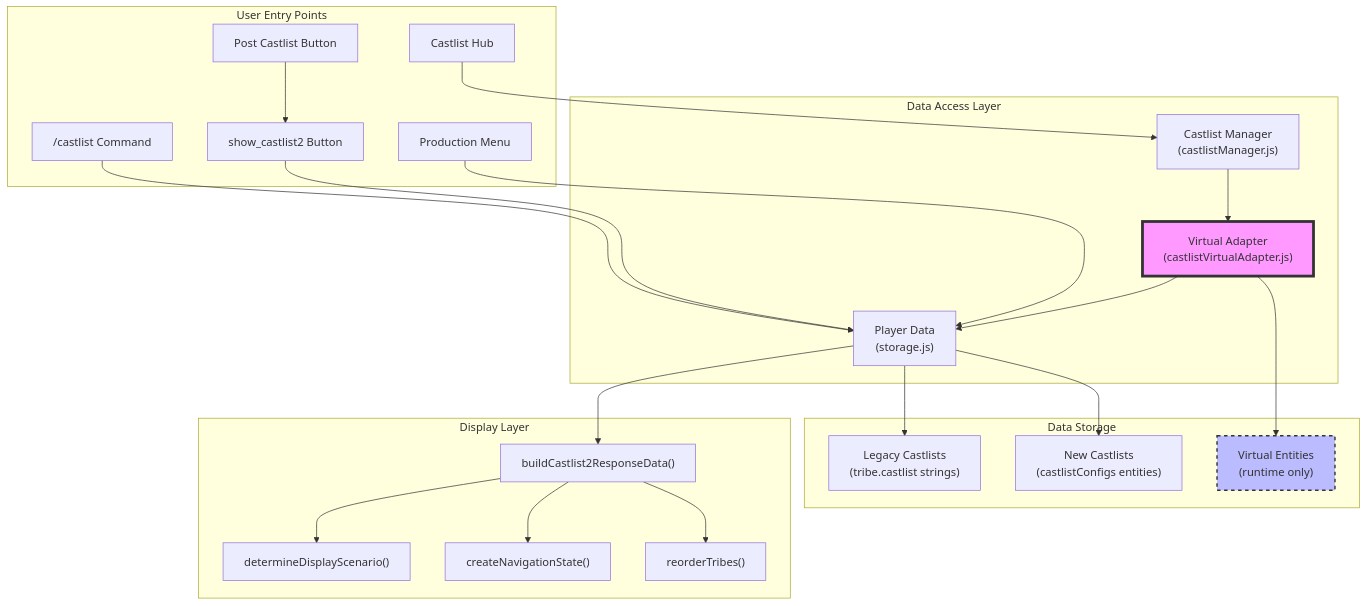
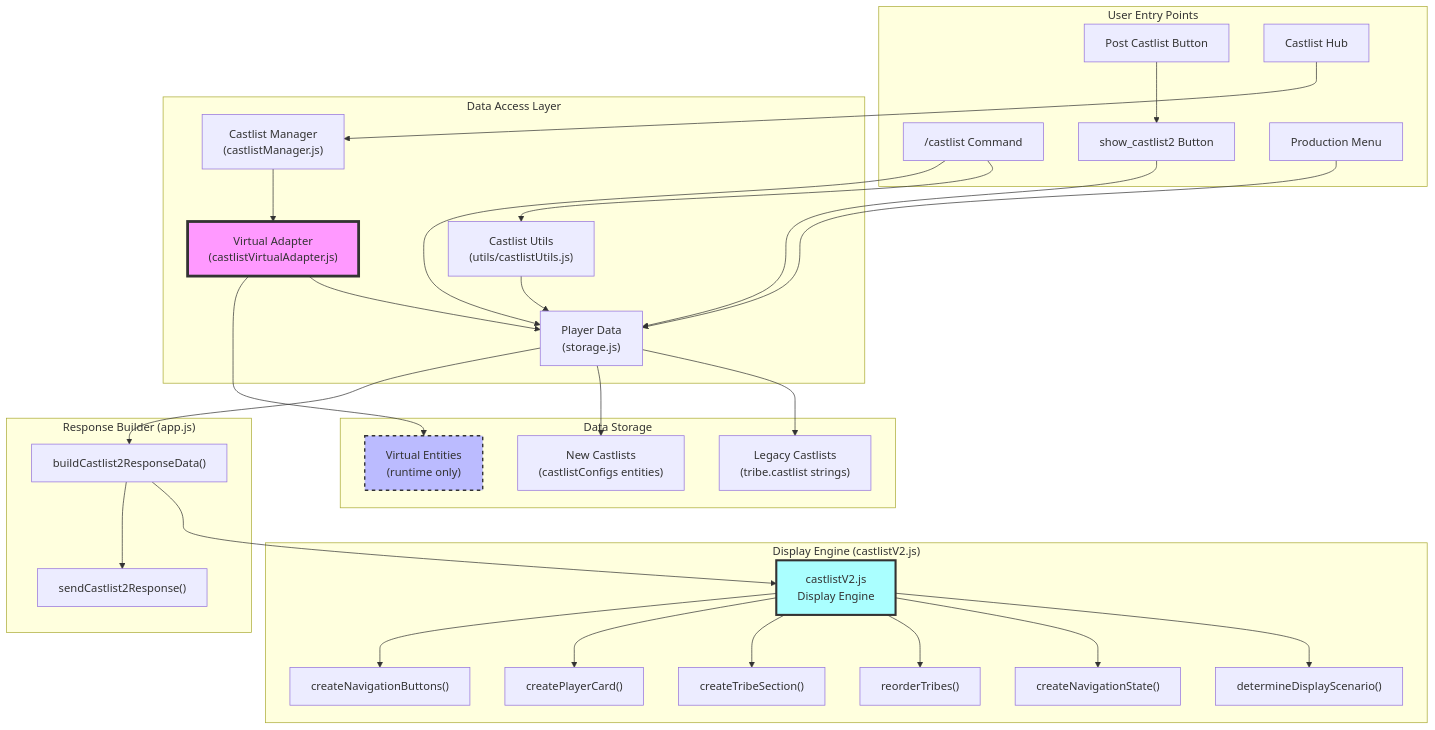
One commit to extremedonkey/castbot changed the first of 12 diagrams in docs/features/CastlistArchitecture.md. Above: the diagram before and after it, drawn with Mermaid. The commit also changed 1 other file, not shown here.

Commit message:
Eliminate Post Castlist redirect pattern - use show_castlist2 directly to avoid 3-second timeout

````diff
--- a/docs/features/CastlistArchitecture.md
+++ b/docs/features/CastlistArchitecture.md
@@ -9,50 +9,68 @@
 ```mermaid
 graph TB
     subgraph "User Entry Points"
         UC["/castlist Command"]
         UB1["show_castlist2 Button"]
         UB2["Post Castlist Button"]
         UH["Castlist Hub"]
         UP["Production Menu"]
     end
 
     subgraph "Data Access Layer"
         VA["Virtual Adapter<br/>(castlistVirtualAdapter.js)"]
         CM["Castlist Manager<br/>(castlistManager.js)"]
         PD["Player Data<br/>(storage.js)"]
+        CU["Castlist Utils<br/>(utils/castlistUtils.js)"]
     end
 
     subgraph "Data Storage"
         LC["Legacy Castlists<br/>(tribe.castlist strings)"]
         NC["New Castlists<br/>(castlistConfigs entities)"]
         VE["Virtual Entities<br/>(runtime only)"]
     end
 
-    subgraph "Display Layer"
-        BCD["buildCastlist2ResponseData()"]
+    subgraph "Display Engine (castlistV2.js)"
+        CV2["castlistV2.js<br/>Display Engine"]
         DDS["determineDisplayScenario()"]
         CNS["createNavigationState()"]
         RT["reorderTribes()"]
+        CTS["createTribeSection()"]
+        CPC["createPlayerCard()"]
+        CNB["createNavigationButtons()"]
     end
 
+    subgraph "Response Builder (app.js)"
+        BCD["buildCastlist2ResponseData()"]
+        SRC["sendCastlist2Response()"]
+    end
+
+    UC --> CU
     UC --> PD
     UB1 --> PD
     UB2 --> UB1
     UH --> CM
     UP --> PD
 
     CM --> VA
     VA --> PD
     VA --> VE
+    CU --> PD
 
     PD --> LC
     PD --> NC
 
     PD --> BCD
-    BCD --> DDS
-    BCD --> CNS
-    BCD --> RT
+    BCD --> CV2
+    CV2 --> DDS
+    CV2 --> CNS
+    CV2 --> RT
+    CV2 --> CTS
+    CV2 --> CPC
+    CV2 --> CNB
+
+    BCD --> SRC
 
     style VA fill:#f9f,stroke:#333,stroke-width:4px
     style VE fill:#bbf,stroke:#333,stroke-width:2px,stroke-dasharray: 5 5
+    style CV2 fill:#aff,stroke:#333,stroke-width:3px
 ```
````
